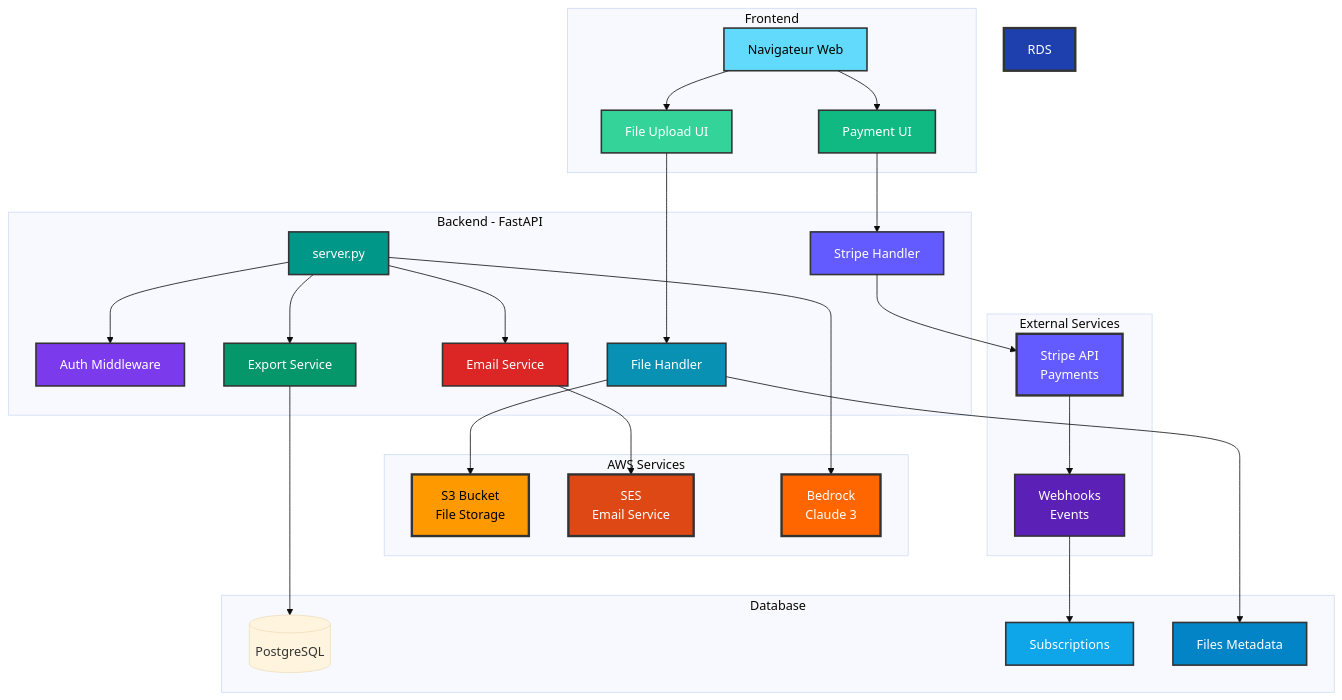
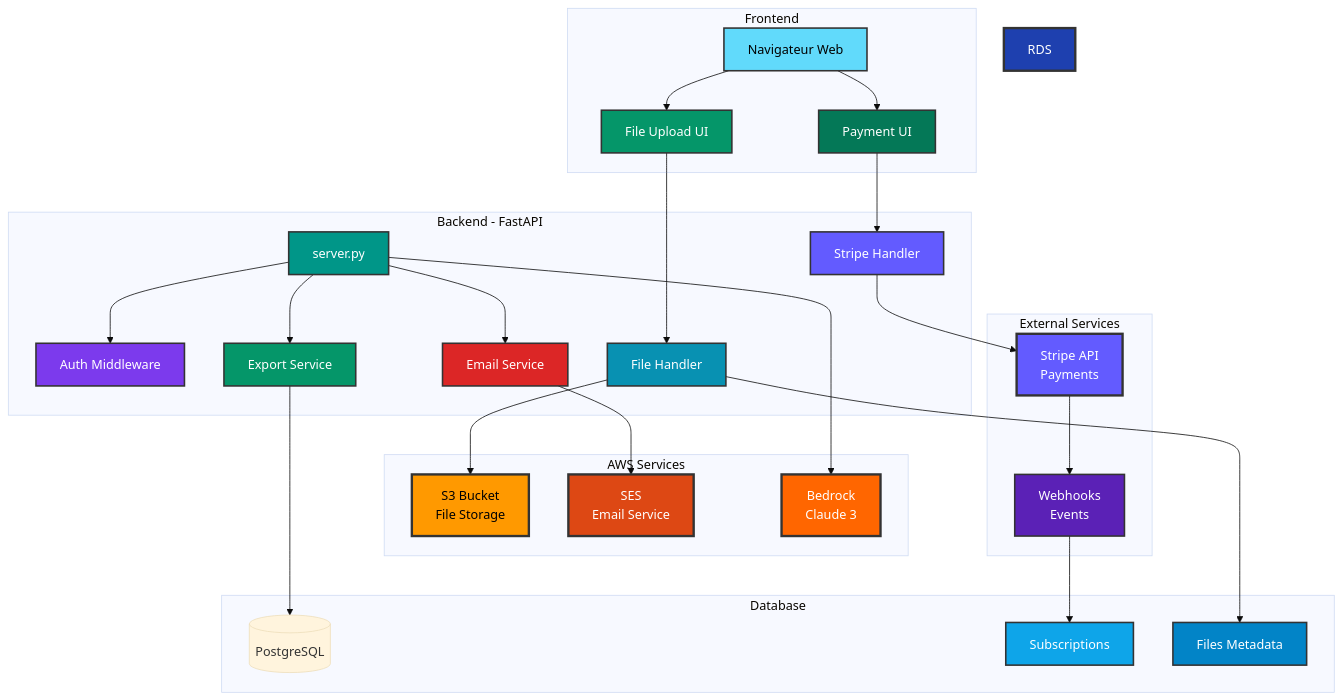
One commit to inskillflow/awsbedrock-demo-1-inmemory changed the ninth of 15 diagrams in documentation/00-ARCHITECTURE.md. Above: the diagram before and after it, drawn with Mermaid (base theme). The commit also changed other lines of this file, not shown here.

First line of the commit message:
fix: correction du contraste texte/fond dans les diagrammes

````diff
--- a/documentation/00-ARCHITECTURE.md
+++ b/documentation/00-ARCHITECTURE.md
@@ -350,72 +350,72 @@
 ```mermaid
 graph TB
     subgraph "Frontend"
         Browser[Navigateur Web]
         Upload[File Upload UI]
         Payment[Payment UI]
     end
     
     subgraph "Backend - FastAPI"
         API[server.py]
         Auth[Auth Middleware]
         Files[File Handler]
         Email[Email Service]
         Stripe[Stripe Handler]
         Export[Export Service]
     end
     
     subgraph "AWS Services"
         S3[S3 Bucket<br/>File Storage]
         SES[SES<br/>Email Service]
         Bedrock[Bedrock<br/>Claude 3]
     end
     
     subgraph "External Services"
         StripeAPI[Stripe API<br/>Payments]
         Webhooks[Webhooks<br/>Events]
     end
     
     subgraph "Database"
         DB[(PostgreSQL)]
         Subscriptions[Subscriptions]
         FilesMeta[Files Metadata]
     end
     
     Browser --> Upload
     Upload --> Files
     Files --> S3
     Files --> FilesMeta
     
     Browser --> Payment
     Payment --> Stripe
     Stripe --> StripeAPI
     StripeAPI --> Webhooks
     Webhooks --> Subscriptions
     
     API --> Email
     Email --> SES
     
     API --> Export
     Export --> DB
     
     API --> Auth
     API --> Bedrock
     
     style Browser fill:#61DAFB,stroke:#333,stroke-width:2px,color:#000
-    style Upload fill:#34D399,stroke:#333,stroke-width:2px,color:#fff
-    style Payment fill:#10B981,stroke:#333,stroke-width:2px,color:#fff
+    style Upload fill:#059669,stroke:#333,stroke-width:2px,color:#fff
+    style Payment fill:#047857,stroke:#333,stroke-width:2px,color:#fff
     style API fill:#009688,stroke:#333,stroke-width:2px,color:#fff
     style Auth fill:#7C3AED,stroke:#333,stroke-width:2px,color:#fff
     style Files fill:#0891B2,stroke:#333,stroke-width:2px,color:#fff
     style Email fill:#DC2626,stroke:#333,stroke-width:2px,color:#fff
     style Stripe fill:#635BFF,stroke:#333,stroke-width:2px,color:#fff
     style Export fill:#059669,stroke:#333,stroke-width:2px,color:#fff
     style S3 fill:#FF9900,stroke:#333,stroke-width:3px,color:#000
     style SES fill:#DD4814,stroke:#333,stroke-width:3px,color:#fff
     style Bedrock fill:#FF6600,stroke:#333,stroke-width:3px,color:#fff
     style StripeAPI fill:#635BFF,stroke:#333,stroke-width:3px,color:#fff
     style Webhooks fill:#5B21B6,stroke:#333,stroke-width:2px,color:#fff
     style RDS fill:#1E40AF,stroke:#333,stroke-width:3px,color:#fff
     style Subscriptions fill:#0EA5E9,stroke:#333,stroke-width:2px,color:#fff
     style FilesMeta fill:#0284C7,stroke:#333,stroke-width:2px,color:#fff
 ```
````
